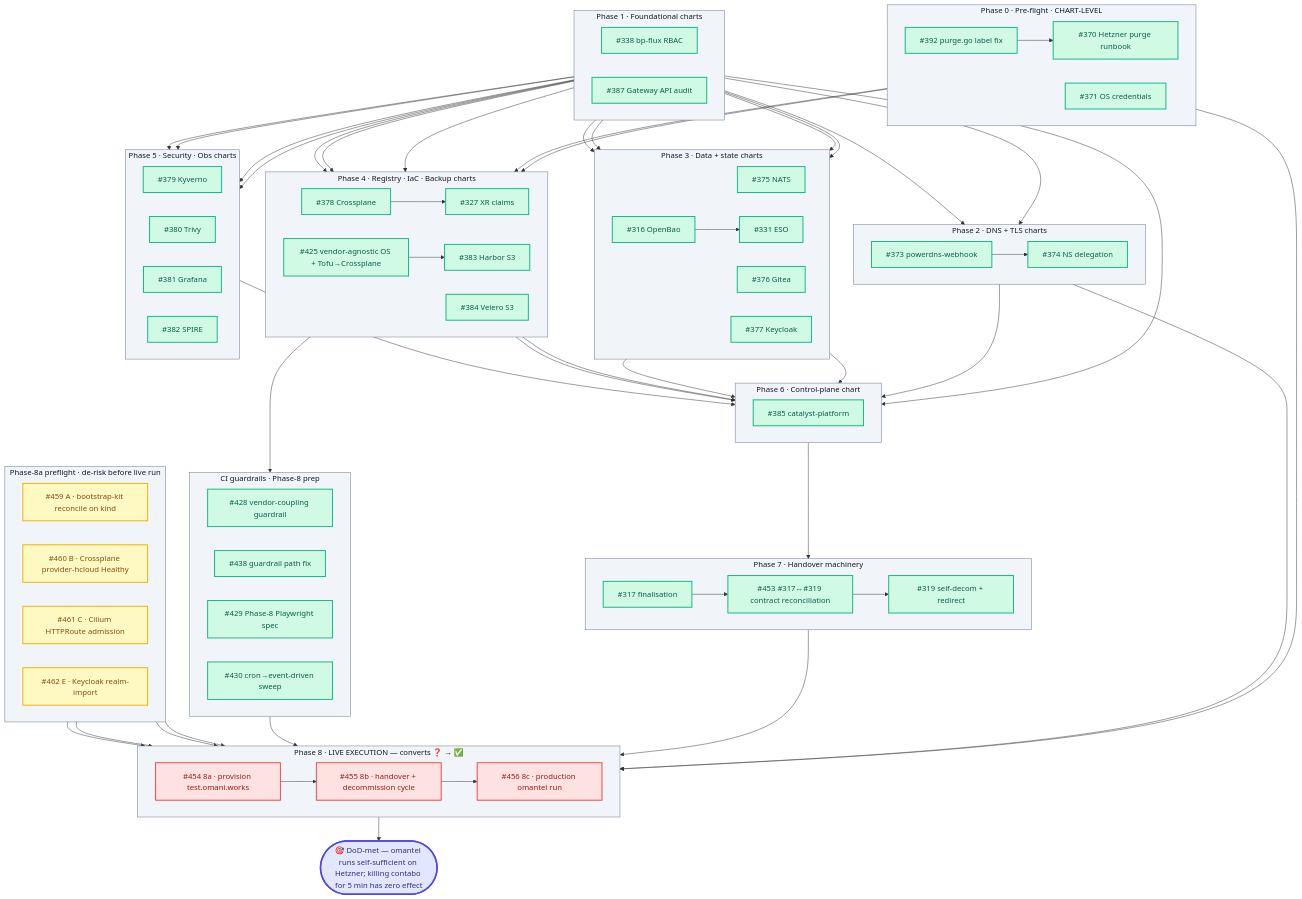
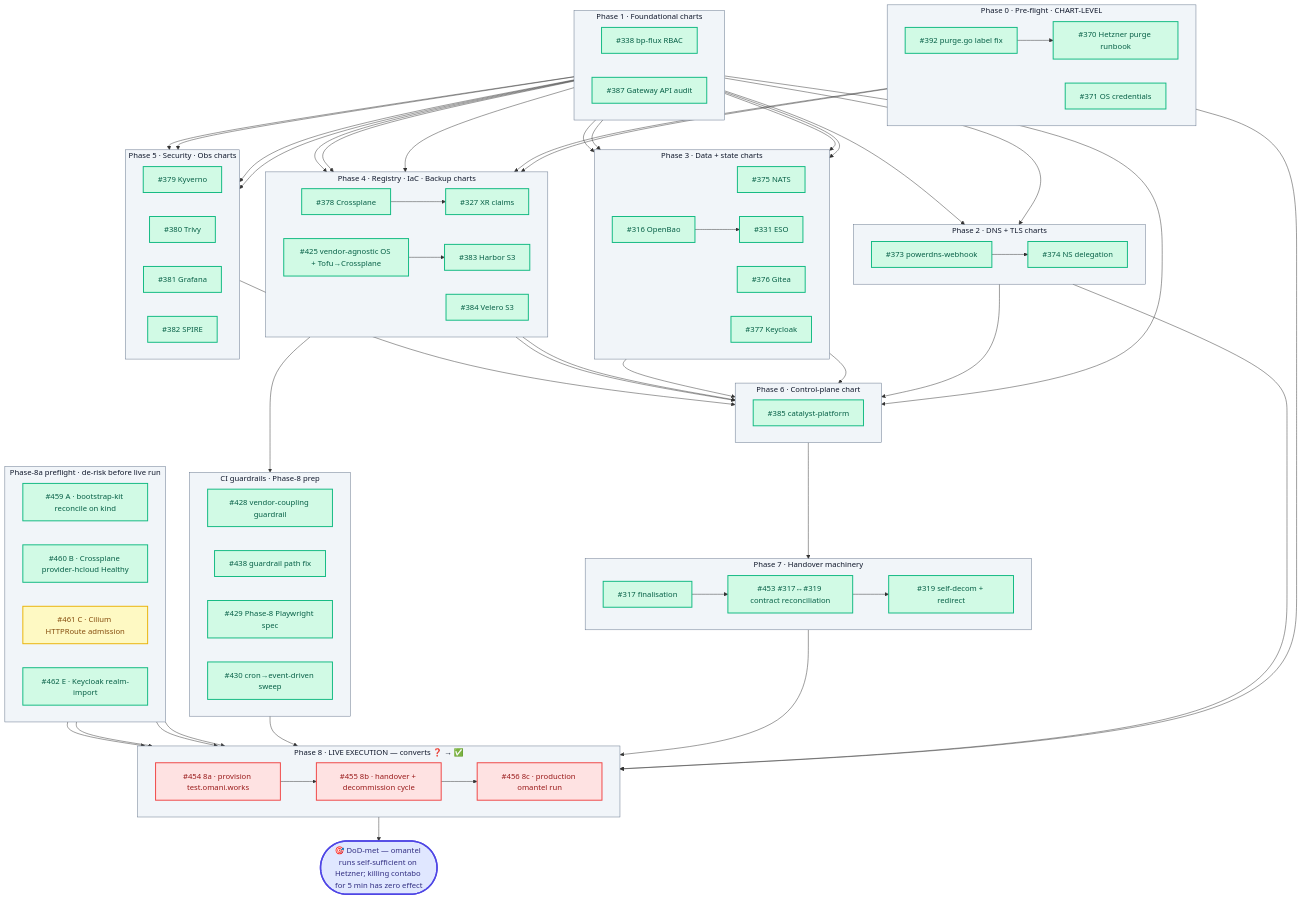
The diagram in docs/omantel-handover-wbs.md (openova-io/openova), drawn with Mermaid before and after one commit. The commit also changed 2 other files, not shown here.

Commit message:
ci(preflight): GHCR auth for A+E + WBS tick — all 4 preflights done
First runs of preflight A (bootstrap-kit) and E (Keycloak) failed with the
same error: helm OCI pull from ghcr.io/openova-io/bp-* returning 401
'unauthorized: authentication required'. bp-* are PRIVATE GHCR packages.

#460's agent fixed it for B in c26fbcaf. #461's already had GHCR login.
This commit applies the same helm-registry-login pattern to A and E.

WBS state on main after this commit:
- done (35): all chart-level + #317 + #319 + #453 + 4 preflights
- wip (0)
- blocked (3): 454, 455, 456 (Phase-8 live runs, operator-driven)

The preflights' first runs ALREADY surfaced a real CI bug pattern that
would have hit Phase 8a — exactly what they're for.

```diff
--- a/docs/omantel-handover-wbs.md
+++ b/docs/omantel-handover-wbs.md
@@ -255,7 +255,8 @@
 
     class PH0,PH1,PH2,PH3,PH4,PH5,PH6,PH7,PH8,SCAF,PRE phase
     class T316,T317,T319,T327,T331,T338,T370,T371,T373,T374,T375,T376,T377,T378,T379,T380,T381,T382,T383,T384,T385,T387,T392,T425,T428,T429,T430,T438,T453 done
-    class T459,T460,T461,T462 wip
+    class T459,T460,T462 done
+    class T461 wip
     class T454,T455,T456 blocked
 
     %% Clickable ticket numbers
```
